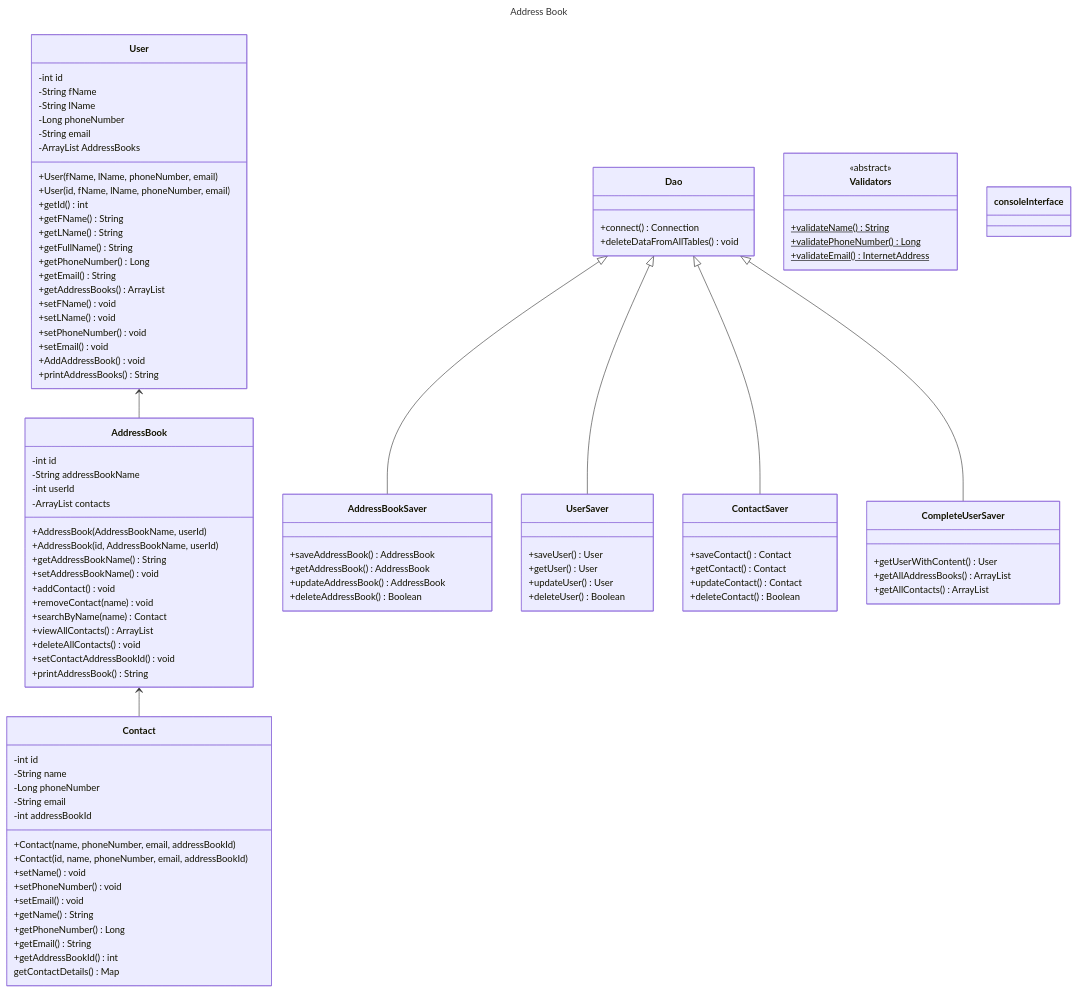
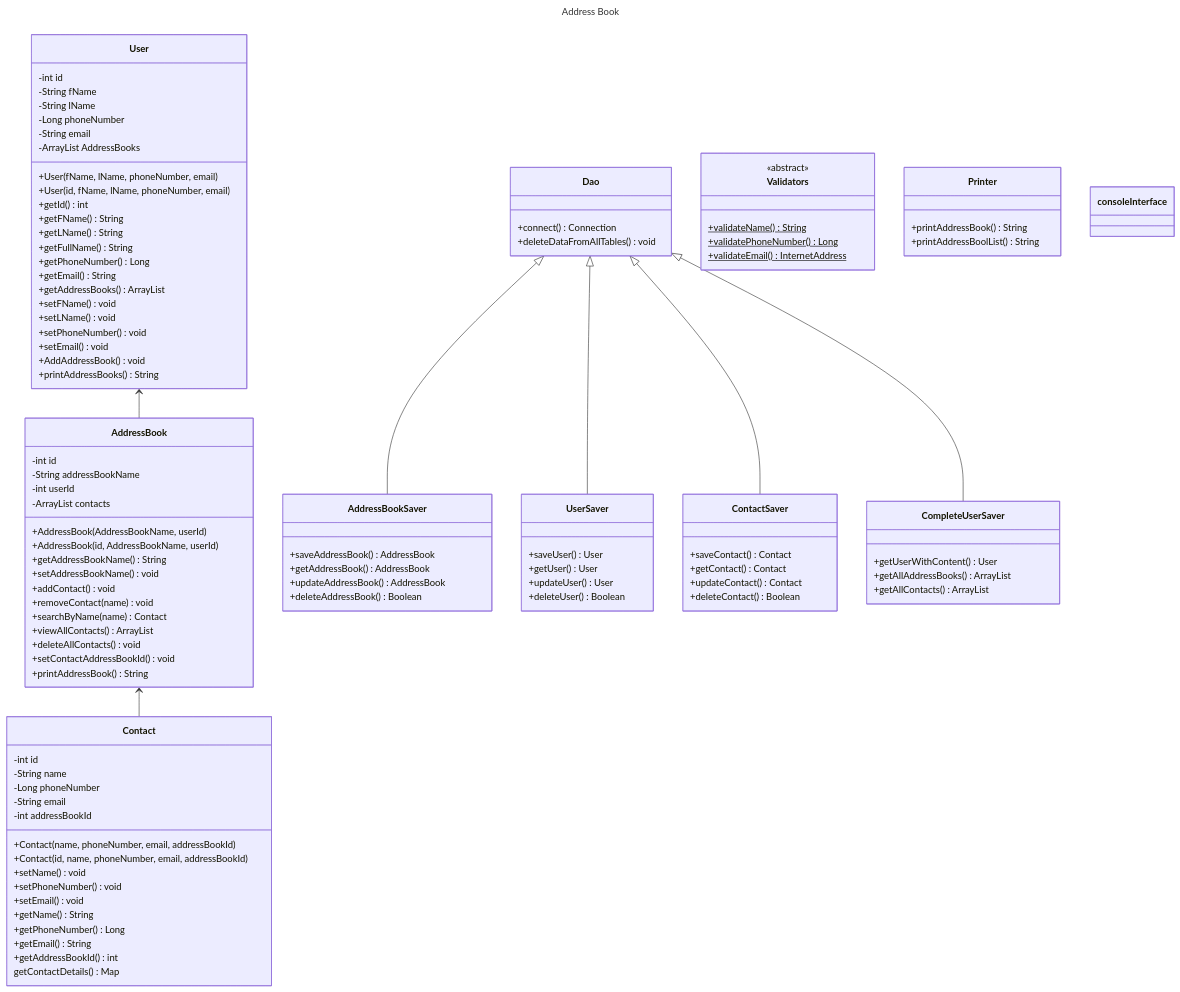
One commit to Max-Hutchings/DF-Address-Book--Java--Independent-Challenge changed the diagram in docs/domain-models-test-plan.md. Above: the diagram before and after it, drawn with Mermaid.

```diff
--- a/docs/domain-models-test-plan.md
+++ b/docs/domain-models-test-plan.md
@@ -167,6 +167,11 @@
         +getAllContacts() ArrayList<Contact>
     }
     
+    class Printer {
+        +printAddressBook() String
+        +printAddressBoolList() String
+    }
+    
     class consoleInterface{
         
     }
```
